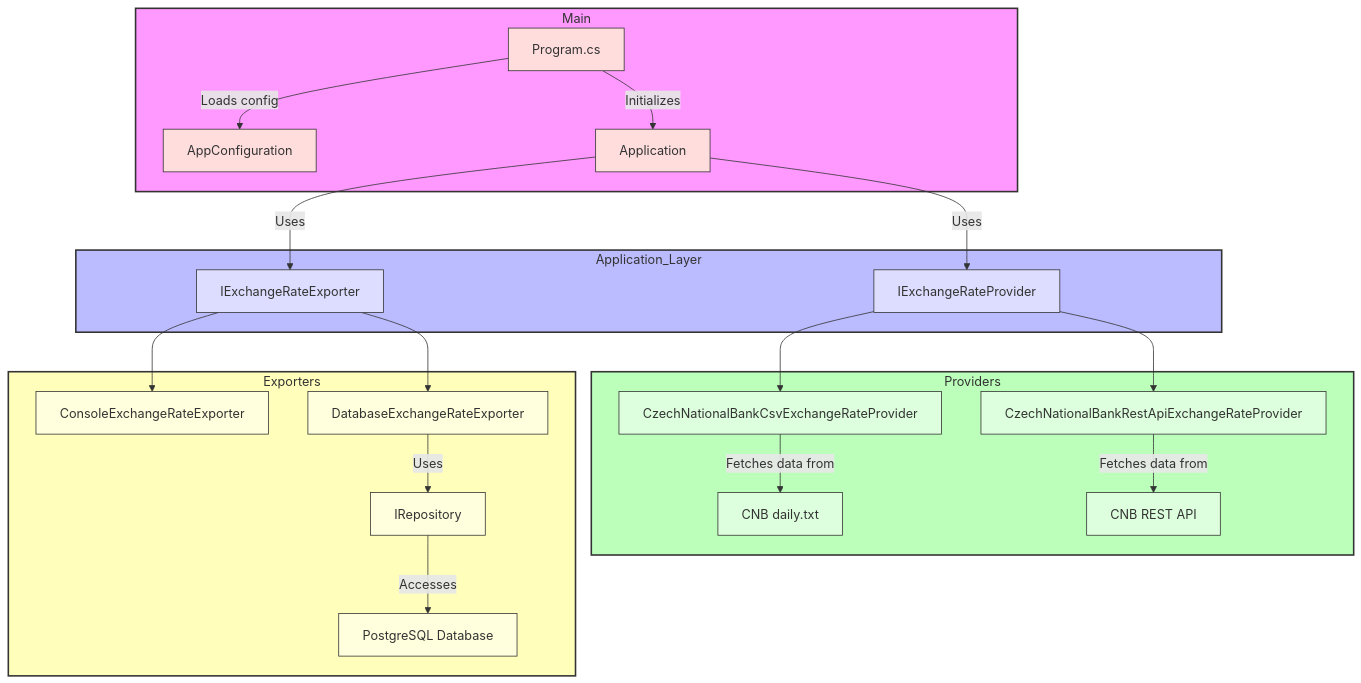
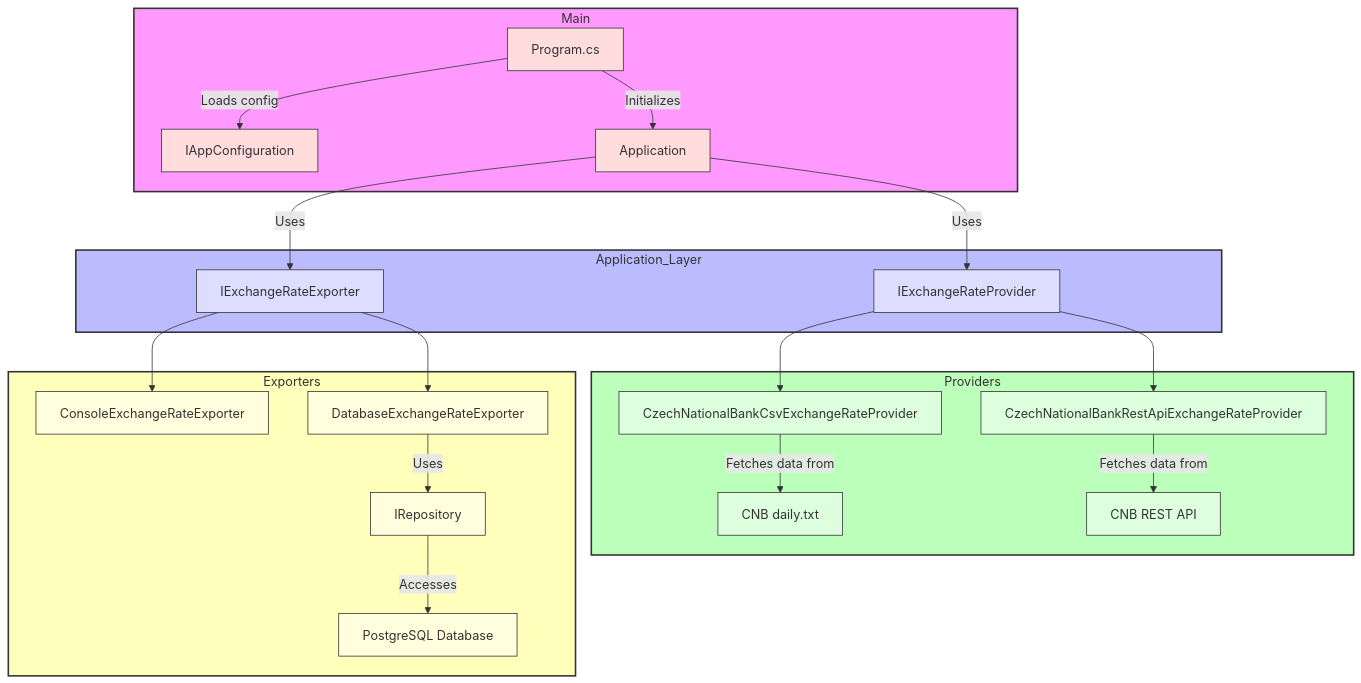
Before and after one commit to MewsSystems/developers: the second of 2 diagrams in jobs/Backend/Readme.md, drawn with Mermaid. The commit also changed 11 other files, not shown here.

````diff
--- a/jobs/Backend/Readme.md
+++ b/jobs/Backend/Readme.md
@@ -121,54 +121,54 @@
 ```mermaid
 graph TD
 %% Main
     subgraph Main
         style Main fill: #f9f, stroke: #333, stroke-width: 2px
         A[Program.cs]:::main
-        B[AppConfiguration]:::main
+        B[IAppConfiguration]:::main
         C[Application]:::main
         A -->|Loads config| B
         A -->|Initializes| C
     end
 
 %% Application Layer
     subgraph Application_Layer
         style Application_Layer fill: #bbf, stroke: #333, stroke-width: 2px
         D[IExchangeRateProvider]:::app
         E[IExchangeRateExporter]:::app
         C -->|Uses| D
         C -->|Uses| E
     end
 
 %% Providers
     subgraph Providers
         style Providers fill: #bfb, stroke: #333, stroke-width: 2px
         F[CzechNationalBankCsvExchangeRateProvider]:::prov
         G[CzechNationalBankRestApiExchangeRateProvider]:::prov
         H[CNB daily.txt]:::prov
         I[CNB REST API]:::prov
         D --> F
         D --> G
         F -->|Fetches data from| H
         G -->|Fetches data from| I
     end
 
 %% Exporters
     subgraph Exporters
         style Exporters fill: #ffb, stroke: #333, stroke-width: 2px
         J[ConsoleExchangeRateExporter]:::exp
         K[DatabaseExchangeRateExporter]:::exp
         L[IRepository]:::exp
         M[PostgreSQL Database]:::exp
         E --> J
         E --> K
         K -->|Uses| L
         L -->|Accesses| M
     end
 
 %% Classes styles
     classDef main fill: #fdd, stroke: #333, stroke-width: 1px;
     classDef app fill: #ddf, stroke: #333, stroke-width: 1px;
     classDef prov fill: #dfd, stroke: #333, stroke-width: 1px;
     classDef exp fill: #ffd, stroke: #333, stroke-width: 1px;
 
 ```
````
